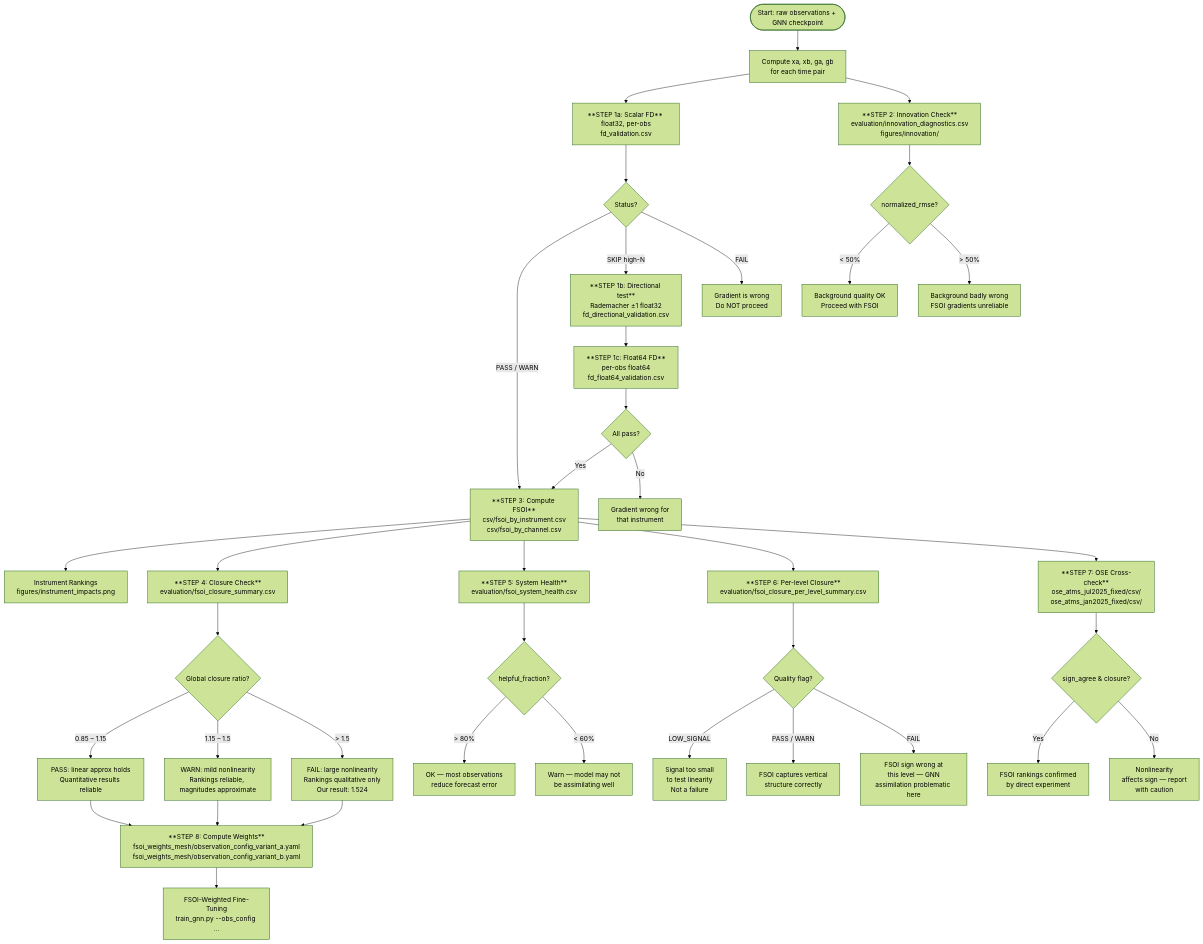
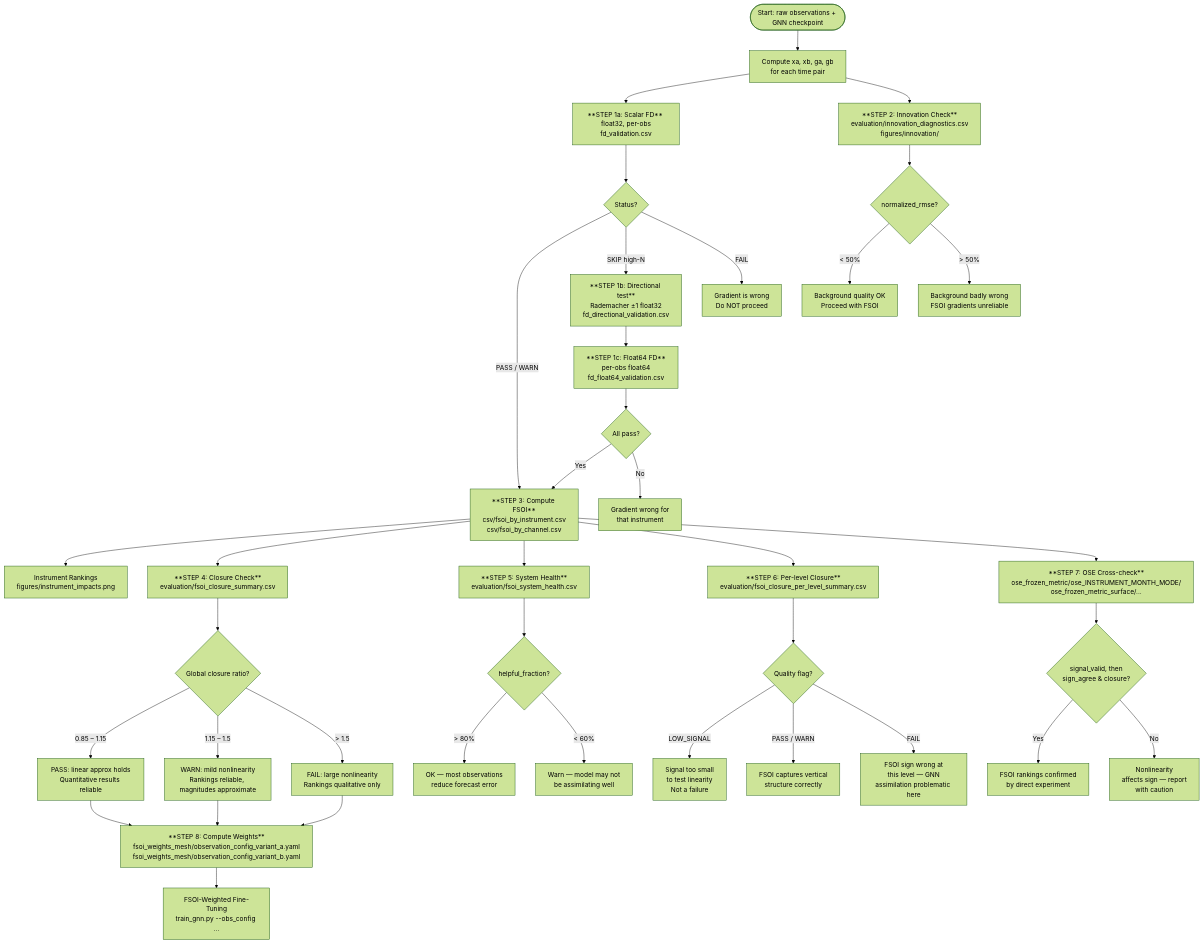
One commit to NOAA-EMC/ocelot changed the diagram in gnn_model/FSOI/docs/FSOI_OUTPUTS_GUIDE.md. Above: the diagram before and after it, drawn with Mermaid (forest theme). The commit also changed other lines of this file and 97 other files, not shown here.

````diff
--- a/gnn_model/FSOI/docs/FSOI_OUTPUTS_GUIDE.md
+++ b/gnn_model/FSOI/docs/FSOI_OUTPUTS_GUIDE.md
@@ -21,46 +15,46 @@
 ```mermaid
 flowchart TD
     A([Start: raw observations + GNN checkpoint]) --> B[Compute xa, xb, ga, gb\nfor each time pair]
 
     B --> FD[**STEP 1a: Scalar FD** float32, per-obs\nfd_validation.csv]
     FD --> FD1{Status?}
     FD1 -->|PASS / WARN| C
     FD1 -->|SKIP high-N| FD2A[**STEP 1b: Directional test**\nRademacher ±1 float32\nfd_directional_validation.csv]
     FD2A --> FD2B[**STEP 1c: Float64 FD**\nper-obs float64\nfd_float64_validation.csv]
     FD2B --> FD2C{All pass?}
     FD2C -->|Yes| C
     FD2C -->|No| FD3B[Gradient wrong for\nthat instrument]
     FD1 -->|FAIL| FD3[Gradient is wrong\nDo NOT proceed]
 
     B --> INN[**STEP 2: Innovation Check**\nevaluation/innovation_diagnostics.csv\nfigures/innovation/]
     INN --> INN1{normalized_rmse?}
     INN1 -->|< 50%| INN2[Background quality OK\nProceed with FSOI]
     INN1 -->|> 50%| INN3[Background badly wrong\nFSOI gradients unreliable]
 
     C[**STEP 3: Compute FSOI**\ncsv/fsoi_by_instrument.csv\ncsv/fsoi_by_channel.csv] --> RANK[Instrument Rankings\nfigures/instrument_impacts.png]
 
     C --> CLOS[**STEP 4: Closure Check**\nevaluation/fsoi_closure_summary.csv]
     CLOS --> CLOS1{Global closure ratio?}
     CLOS1 -->|0.85 – 1.15| CLOS2[PASS: linear approx holds\nQuantitative results reliable]
     CLOS1 -->|1.15 – 1.5| CLOS3[WARN: mild nonlinearity\nRankings reliable, magnitudes approximate]
-    CLOS1 -->|> 1.5| CLOS4[FAIL: large nonlinearity\nRankings qualitative only\nOur result: 1.524]
+    CLOS1 -->|> 1.5| CLOS4[FAIL: large nonlinearity\nRankings qualitative only]
 
     C --> HLTH[**STEP 5: System Health**\nevaluation/fsoi_system_health.csv]
     HLTH --> HLTH1{helpful_fraction?}
     HLTH1 -->|> 80%| HLTH2[OK — most observations\nreduce forecast error]
     HLTH1 -->|< 60%| HLTH3[Warn — model may not\nbe assimilating well]
 
     C --> LVLS[**STEP 6: Per-level Closure**\nevaluation/fsoi_closure_per_level_summary.csv]
     LVLS --> LVLS1{Quality flag?}
     LVLS1 -->|LOW_SIGNAL| LVLS2[Signal too small\nto test linearity\nNot a failure]
     LVLS1 -->|PASS / WARN| LVLS3[FSOI captures vertical\nstructure correctly]
     LVLS1 -->|FAIL| LVLS4[FSOI sign wrong at\nthis level — GNN\nassimilation problematic here]
 
-    C --> OSE[**STEP 7: OSE Cross-check**\nose_atms_jul2025_fixed/csv/\nose_atms_jan2025_fixed/csv/]
-    OSE --> OSE1{sign_agree & closure?}
+    C --> OSE[**STEP 7: OSE Cross-check**\nose_frozen_metric/ose_INSTRUMENT_MONTH_MODE/\nose_frozen_metric_surface/...]
+    OSE --> OSE1{signal_valid, then\nsign_agree & closure?}
     OSE1 -->|Yes| OSE2[FSOI rankings confirmed\nby direct experiment]
     OSE1 -->|No| OSE3[Nonlinearity\naffects sign — report\nwith caution]
 
     CLOS2 & CLOS3 & CLOS4 --> WT[**STEP 8: Compute Weights**\nfsoi_weights_mesh/observation_config_variant_a.yaml\nfsoi_weights_mesh/observation_config_variant_b.yaml]
     WT --> TUNE[FSOI-Weighted Fine-Tuning\ntrain_gnn.py --obs_config ...]
 ```
````
